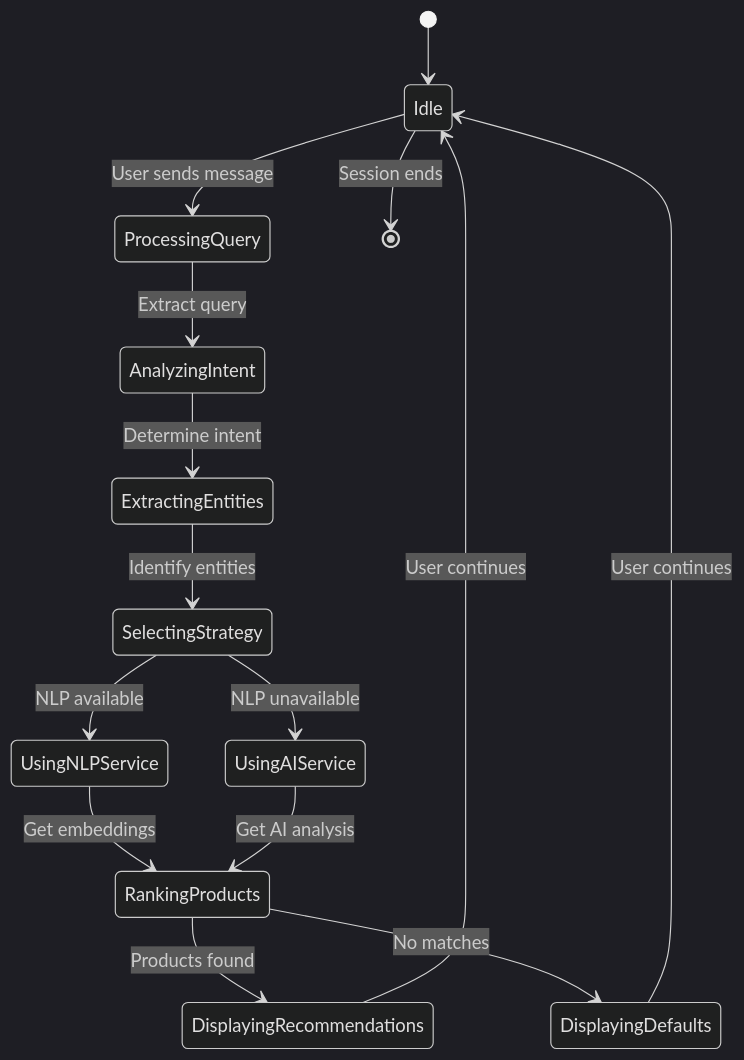
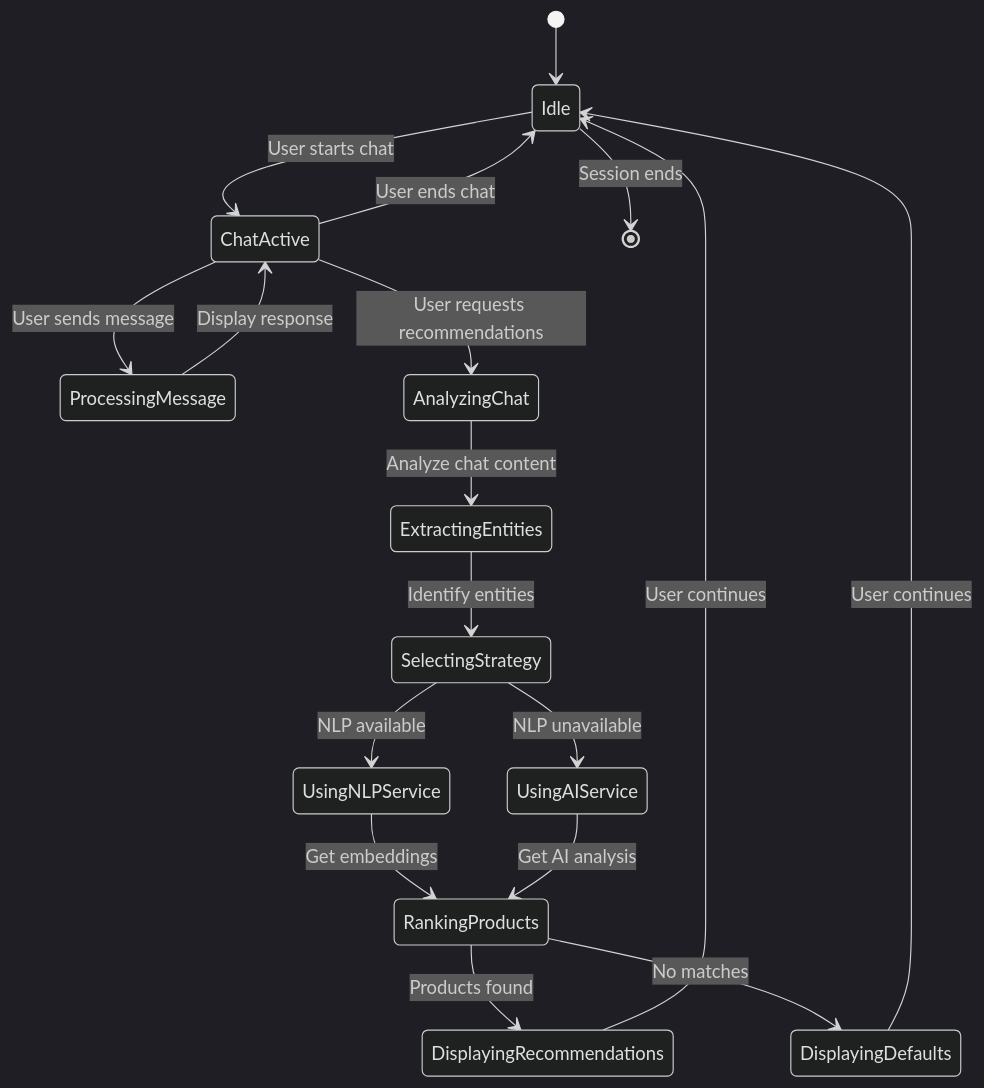
Before and after one commit to Gauravkrsah/Cropsay: the third of 7 diagrams in documentation/digram.md, drawn with Mermaid (dark theme). The commit also changed other lines of this file and 1 other file, not shown here.

Commit message:
Add system analysis and diagrams for chat-based product recommendation system

````diff
--- a/documentation/digram.md
+++ b/documentation/digram.md
@@ -304,24 +237,30 @@
 ```mermaid
 stateDiagram-v2
     [*] --> Idle
     
-    Idle --> ProcessingQuery: User sends message
+    Idle --> ChatActive: User starts chat
     
-    ProcessingQuery --> AnalyzingIntent: Extract query
-    AnalyzingIntent --> ExtractingEntities: Determine intent
+    ChatActive --> ProcessingMessage: User sends message
+    ProcessingMessage --> ChatActive: Display response
+    
+    ChatActive --> AnalyzingChat: User requests recommendations
+    
+    AnalyzingChat --> ExtractingEntities: Analyze chat content
     ExtractingEntities --> SelectingStrategy: Identify entities
     
     SelectingStrategy --> UsingNLPService: NLP available
     SelectingStrategy --> UsingAIService: NLP unavailable
     
     UsingNLPService --> RankingProducts: Get embeddings
     UsingAIService --> RankingProducts: Get AI analysis
     
     RankingProducts --> DisplayingRecommendations: Products found
     RankingProducts --> DisplayingDefaults: No matches
     
     DisplayingRecommendations --> Idle: User continues
     DisplayingDefaults --> Idle: User continues
     
+    ChatActive --> Idle: User ends chat
+    
     Idle --> [*]: Session ends
 ```
````
